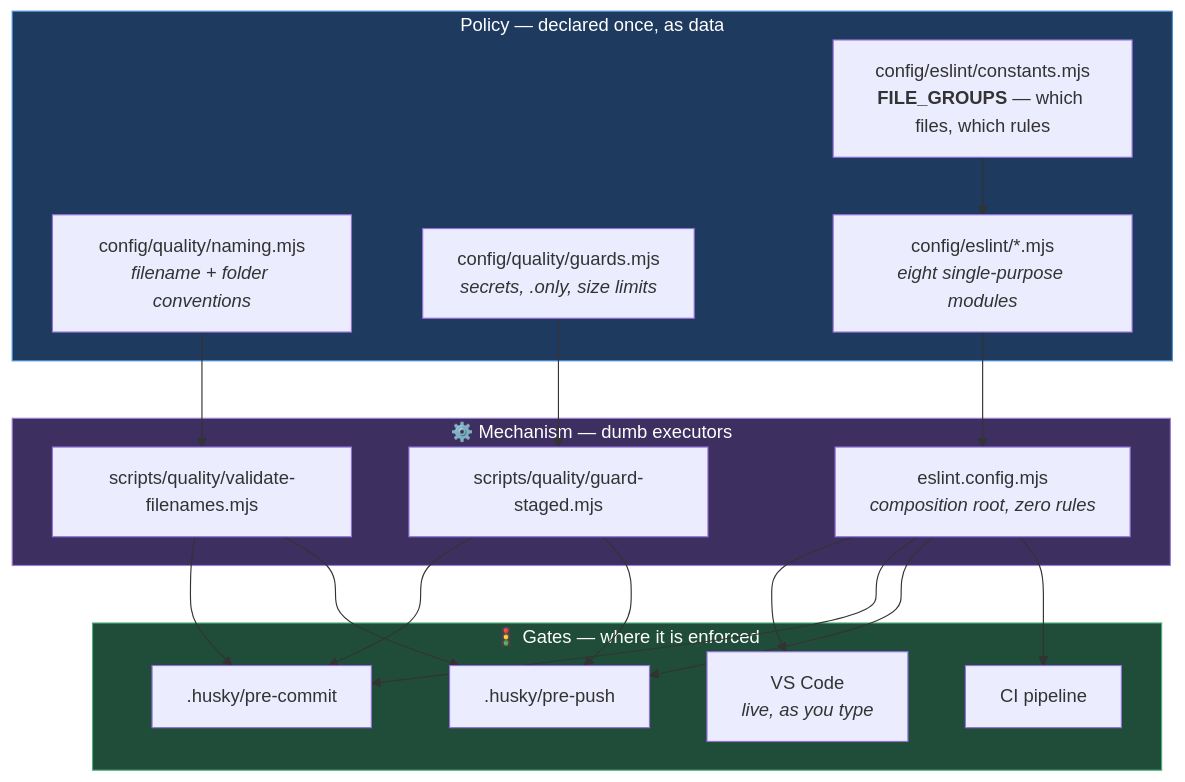
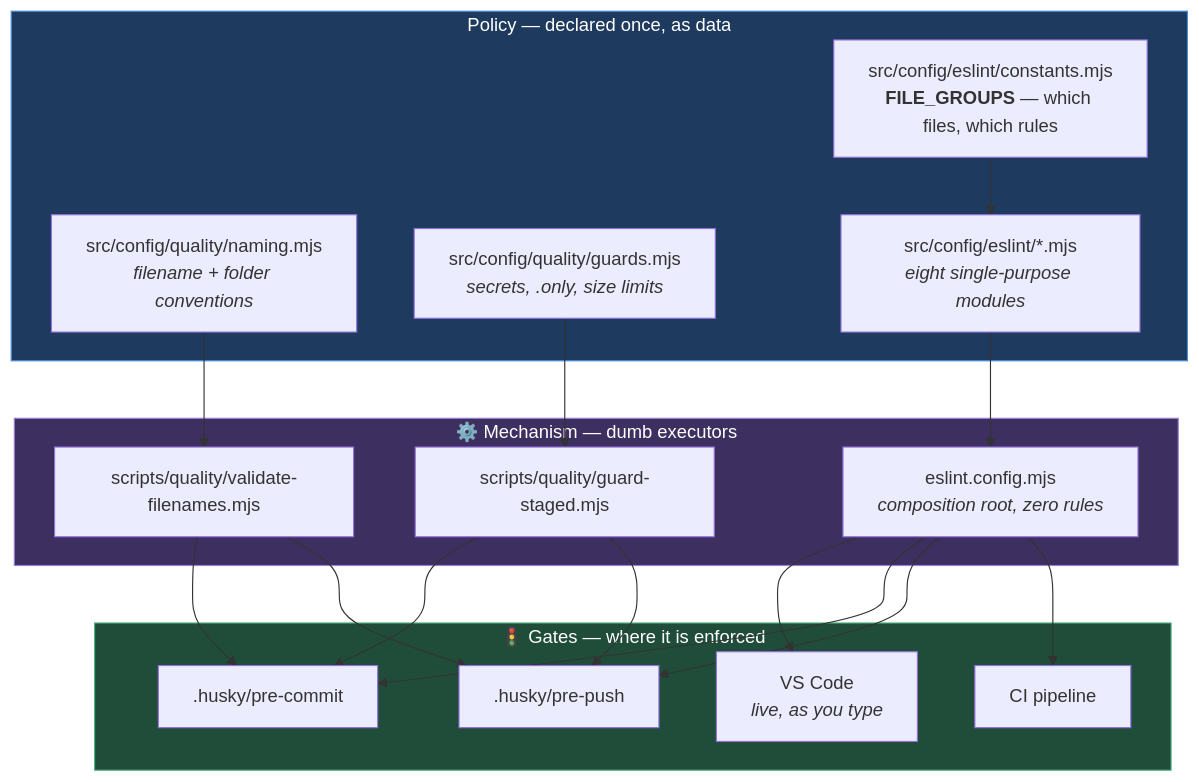
One commit to sinugotshifhiwa4/playwright-ts-automation-framework-codebase changed the first of 6 diagrams in docs/ARCHITECTURE.md. Above: the diagram before and after it, drawn with Mermaid. The commit also changed other lines of this file and 16 other files, not shown here.

First line of the commit message:
refactor(config): move tooling config under src/config

````diff
--- a/docs/ARCHITECTURE.md
+++ b/docs/ARCHITECTURE.md
@@ -22,40 +22,40 @@
 ```mermaid
 graph TD
     subgraph POLICY["Policy — declared once, as data"]
-        NAMING["config/quality/naming.mjs<br/><i>filename + folder conventions</i>"]
-        GUARDS["config/quality/guards.mjs<br/><i>secrets, .only, size limits</i>"]
-        ESLINT_C["config/eslint/*.mjs<br/><i>eight single-purpose modules</i>"]
-        CONST["config/eslint/constants.mjs<br/><b>FILE_GROUPS</b> — which files, which rules"]
+        NAMING["src/config/quality/naming.mjs<br/><i>filename + folder conventions</i>"]
+        GUARDS["src/config/quality/guards.mjs<br/><i>secrets, .only, size limits</i>"]
+        ESLINT_C["src/config/eslint/*.mjs<br/><i>eight single-purpose modules</i>"]
+        CONST["src/config/eslint/constants.mjs<br/><b>FILE_GROUPS</b> — which files, which rules"]
     end
 
     subgraph MECHANISM["⚙️ Mechanism — dumb executors"]
         VF["scripts/quality/validate-filenames.mjs"]
         GS["scripts/quality/guard-staged.mjs"]
         ESLINT["eslint.config.mjs<br/><i>composition root, zero rules</i>"]
     end
 
     subgraph GATES["🚦 Gates — where it is enforced"]
         IDE["VS Code<br/><i>live, as you type</i>"]
         PC[".husky/pre-commit"]
         PP[".husky/pre-push"]
         CI["CI pipeline"]
     end
 
     NAMING --> VF
     GUARDS --> GS
     CONST --> ESLINT_C
     ESLINT_C --> ESLINT
 
     VF --> PC
     GS --> PC
     ESLINT --> IDE
     ESLINT --> PC
     VF --> PP
     GS --> PP
     ESLINT --> PP
     ESLINT --> CI
 
     style POLICY fill:#1e3a5f,stroke:#4a90d9,color:#fff
     style MECHANISM fill:#3d2f5f,stroke:#9b7fd4,color:#fff
     style GATES fill:#1f4d3a,stroke:#4caf7d,color:#fff
 ```
````
